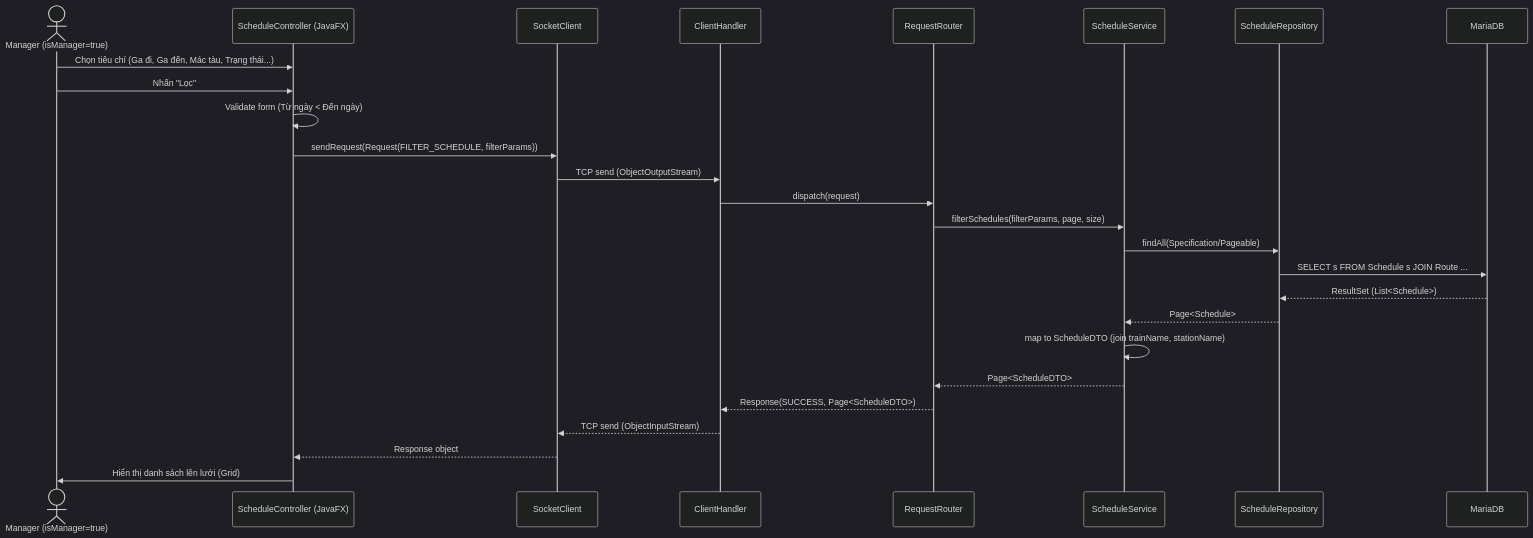
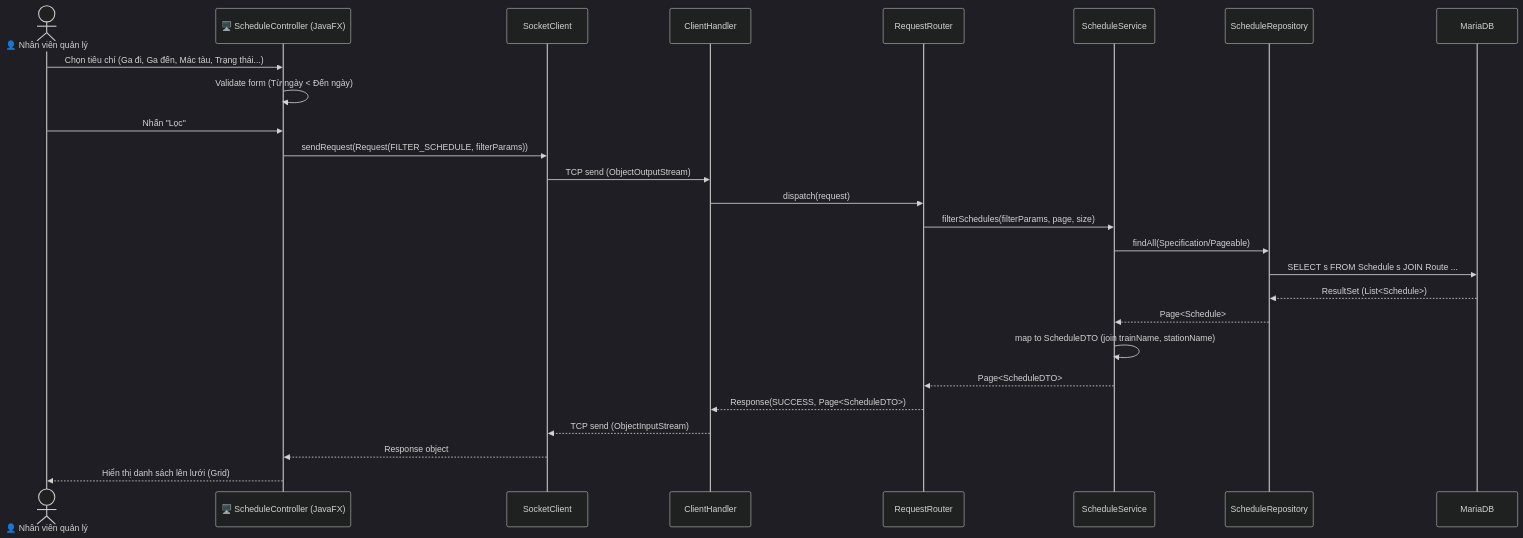
Before and after one commit to Distributed-Programing-Project/railway-reservation-system-server: the second of 3 diagrams in docs/diagrams/sequence/uc005-loc-lich-trinh-tau.md, drawn with Mermaid (dark theme). The commit also changed 1 other file, not shown here.

Commit message:
fix(diagram): add User layer and align actor names across uc005 and uc013 sequences
Made-with: Cursor

````diff
--- a/docs/diagrams/sequence/uc005-loc-lich-trinh-tau.md
+++ b/docs/diagrams/sequence/uc005-loc-lich-trinh-tau.md
@@ -37,31 +37,31 @@
 ```mermaid
 sequenceDiagram
-    actor M as Manager (isManager=true)
-    participant UI as ScheduleController (JavaFX)
+    actor User as 👤 Nhân viên quản lý
+    participant UI as 🖥️ ScheduleController (JavaFX)
     participant ClientNet as SocketClient
     participant ServerNet as ClientHandler
     participant Router as RequestRouter
     participant Svc as ScheduleService
     participant Repo as ScheduleRepository
     participant DB as MariaDB
 
-    M->>UI: Chọn tiêu chí (Ga đi, Ga đến, Mác tàu, Trạng thái...)
-    M->>UI: Nhấn "Lọc"
+    User->>UI: Chọn tiêu chí (Ga đi, Ga đến, Mác tàu, Trạng thái...)
     UI->>UI: Validate form (Từ ngày < Đến ngày)
+    User->>UI: Nhấn "Lọc"
     UI->>ClientNet: sendRequest(Request(FILTER_SCHEDULE, filterParams))
     ClientNet->>ServerNet: TCP send (ObjectOutputStream)
     ServerNet->>Router: dispatch(request)
     Router->>Svc: filterSchedules(filterParams, page, size)
     
     Svc->>Repo: findAll(Specification/Pageable)
     Repo->>DB: SELECT s FROM Schedule s JOIN Route ...
     DB-->>Repo: ResultSet (List<Schedule>)
     Repo-->>Svc: Page<Schedule>
     
     Svc->>Svc: map to ScheduleDTO (join trainName, stationName)
     Svc-->>Router: Page<ScheduleDTO>
     Router-->>ServerNet: Response(SUCCESS, Page<ScheduleDTO>)
     ServerNet-->>ClientNet: TCP send (ObjectInputStream)
     ClientNet-->>UI: Response object
-    UI->>M: Hiển thị danh sách lên lưới (Grid)
+    UI-->>User: Hiển thị danh sách lên lưới (Grid)
 ```
````
